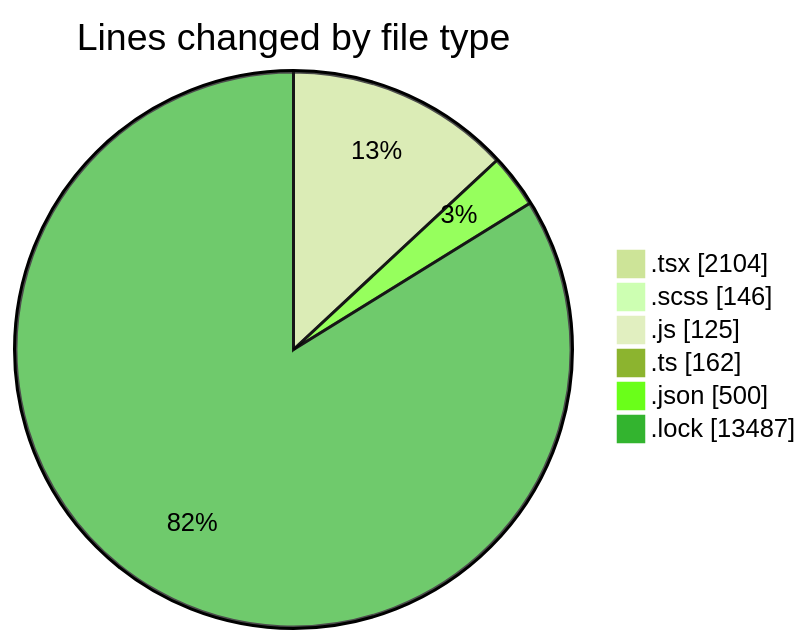
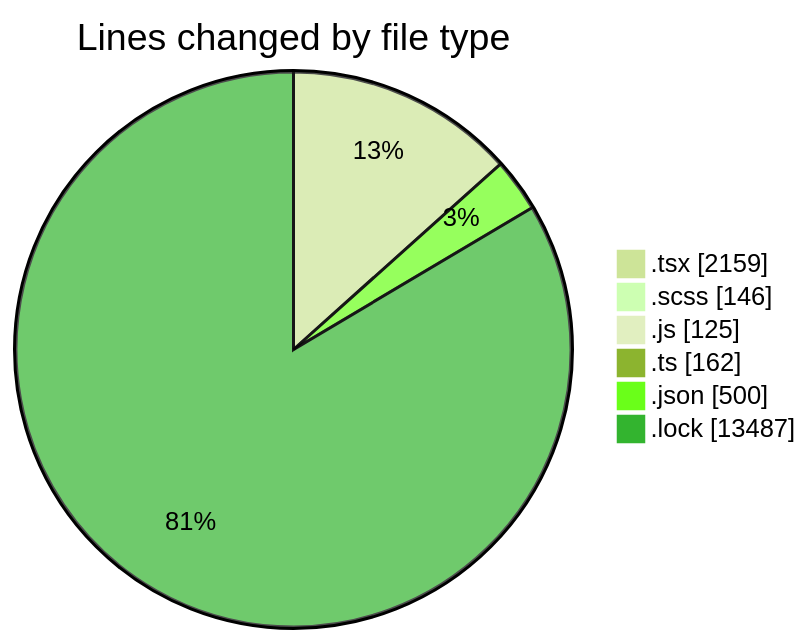
Before and after one commit to momahboobian/code-tracking: the first of 2 diagrams in 2026-04-24/cda/README.md, drawn with Mermaid (forest theme). The commit also changed other lines of this file and 1 other file, not shown here.

````diff
--- a/2026-04-24/cda/README.md
+++ b/2026-04-24/cda/README.md
@@ -36,10 +37,10 @@
 ```mermaid
 pie showData
 title Lines changed by file type
-".tsx" : 2104
+".tsx" : 2159
 ".scss" : 146
 ".js" : 125
 ".ts" : 162
 ".json" : 500
 ".lock" : 13487
 ```
````
